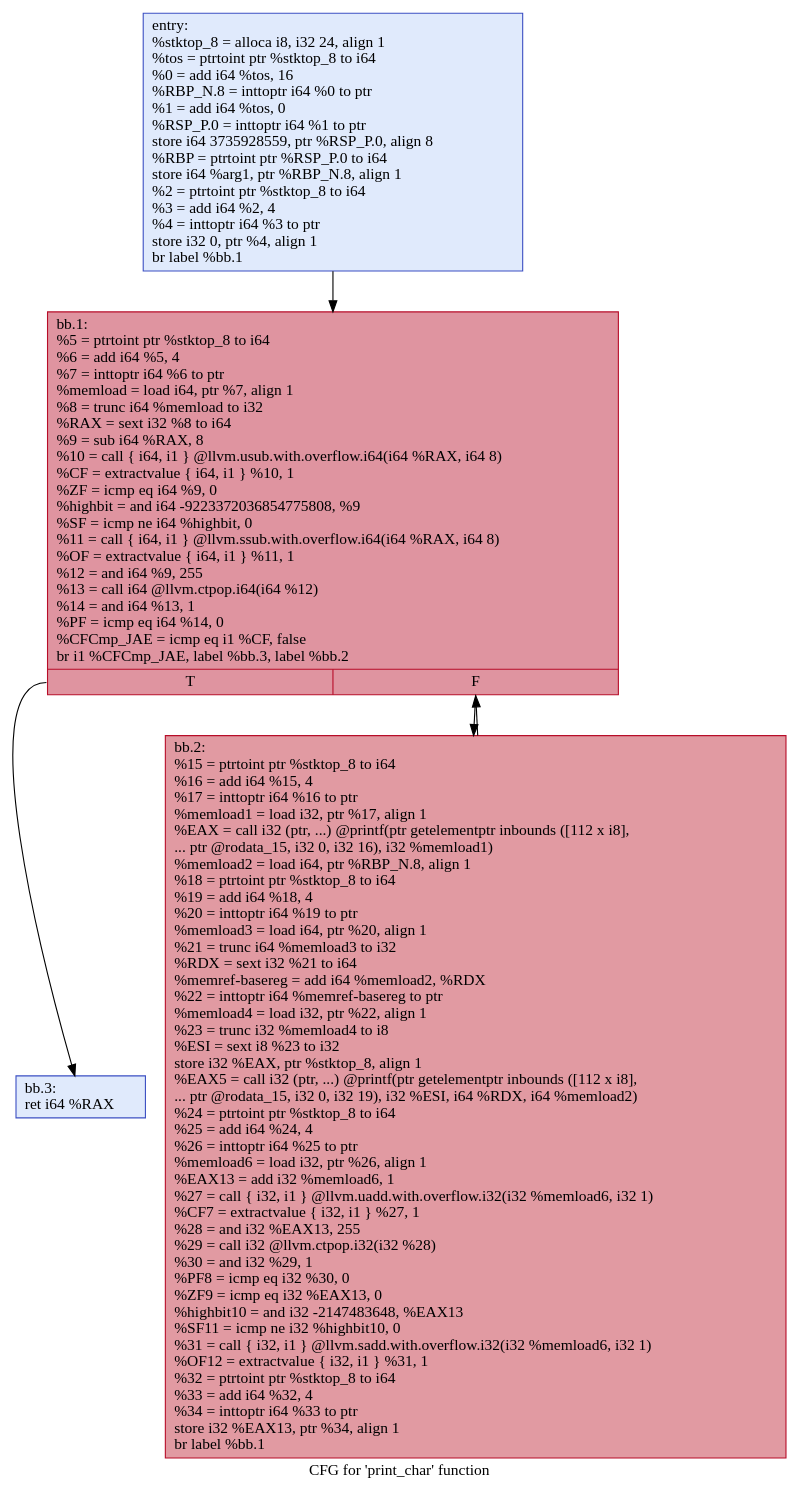
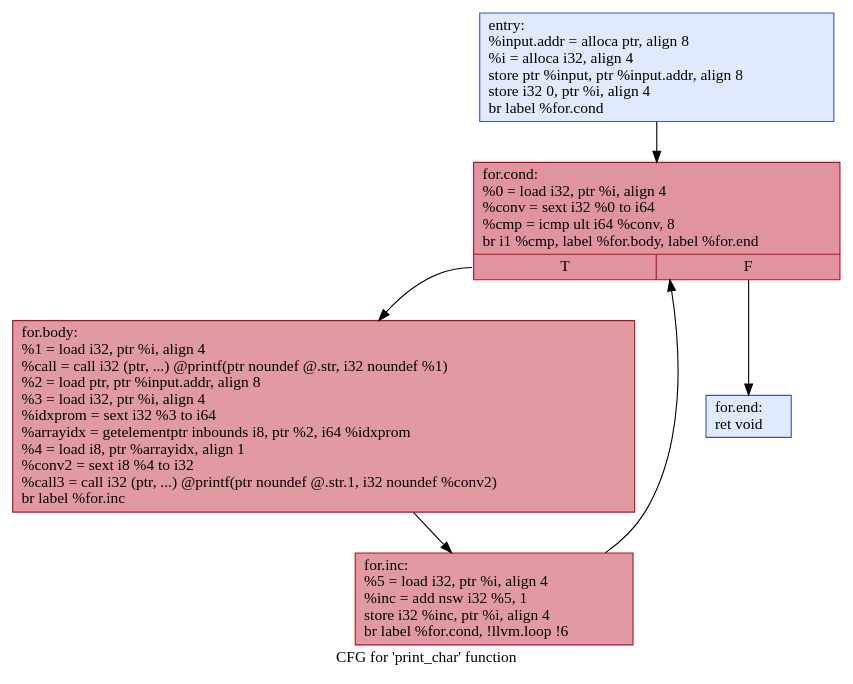
One commit to aayush54/583_cipherfast changed the diagram in dot/tmp/.print_char.dot. Above: the diagram before and after it, drawn with Graphviz. The commit also changed 22 other files, not shown here.

Commit message:
Added all cfg graphs

```diff
--- a/dot/tmp/.print_char.dot
+++ b/dot/tmp/.print_char.dot
@@ -1,12 +1,14 @@
 digraph "CFG for 'print_char' function" {
 	label="CFG for 'print_char' function";
 
-	Node0x5565e7bb0630 [shape=record,color="#3d50c3ff", style=filled, fillcolor="#b9d0f970",label="{entry:\l  %stktop_8 = alloca i8, i32 24, align 1\l  %tos = ptrtoint ptr %stktop_8 to i64\l  %0 = add i64 %tos, 16\l  %RBP_N.8 = inttoptr i64 %0 to ptr\l  %1 = add i64 %tos, 0\l  %RSP_P.0 = inttoptr i64 %1 to ptr\l  store i64 3735928559, ptr %RSP_P.0, align 8\l  %RBP = ptrtoint ptr %RSP_P.0 to i64\l  store i64 %arg1, ptr %RBP_N.8, align 1\l  %2 = ptrtoint ptr %stktop_8 to i64\l  %3 = add i64 %2, 4\l  %4 = inttoptr i64 %3 to ptr\l  store i32 0, ptr %4, align 1\l  br label %bb.1\l}"];
-	Node0x5565e7bb0630 -> Node0x5565e7bb0ea0;
-	Node0x5565e7bb0ea0 [shape=record,color="#b70d28ff", style=filled, fillcolor="#b70d2870",label="{bb.1:                                             \l  %5 = ptrtoint ptr %stktop_8 to i64\l  %6 = add i64 %5, 4\l  %7 = inttoptr i64 %6 to ptr\l  %memload = load i64, ptr %7, align 1\l  %8 = trunc i64 %memload to i32\l  %RAX = sext i32 %8 to i64\l  %9 = sub i64 %RAX, 8\l  %10 = call \{ i64, i1 \} @llvm.usub.with.overflow.i64(i64 %RAX, i64 8)\l  %CF = extractvalue \{ i64, i1 \} %10, 1\l  %ZF = icmp eq i64 %9, 0\l  %highbit = and i64 -9223372036854775808, %9\l  %SF = icmp ne i64 %highbit, 0\l  %11 = call \{ i64, i1 \} @llvm.ssub.with.overflow.i64(i64 %RAX, i64 8)\l  %OF = extractvalue \{ i64, i1 \} %11, 1\l  %12 = and i64 %9, 255\l  %13 = call i64 @llvm.ctpop.i64(i64 %12)\l  %14 = and i64 %13, 1\l  %PF = icmp eq i64 %14, 0\l  %CFCmp_JAE = icmp eq i1 %CF, false\l  br i1 %CFCmp_JAE, label %bb.3, label %bb.2\l|{<s0>T|<s1>F}}"];
-	Node0x5565e7bb0ea0:s0 -> Node0x5565e7bb1e10;
-	Node0x5565e7bb0ea0:s1 -> Node0x5565e7bb1e80;
-	Node0x5565e7bb1e80 [shape=record,color="#b70d28ff", style=filled, fillcolor="#bb1b2c70",label="{bb.2:                                             \l  %15 = ptrtoint ptr %stktop_8 to i64\l  %16 = add i64 %15, 4\l  %17 = inttoptr i64 %16 to ptr\l  %memload1 = load i32, ptr %17, align 1\l  %EAX = call i32 (ptr, ...) @printf(ptr getelementptr inbounds ([112 x i8],\l... ptr @rodata_15, i32 0, i32 16), i32 %memload1)\l  %memload2 = load i64, ptr %RBP_N.8, align 1\l  %18 = ptrtoint ptr %stktop_8 to i64\l  %19 = add i64 %18, 4\l  %20 = inttoptr i64 %19 to ptr\l  %memload3 = load i64, ptr %20, align 1\l  %21 = trunc i64 %memload3 to i32\l  %RDX = sext i32 %21 to i64\l  %memref-basereg = add i64 %memload2, %RDX\l  %22 = inttoptr i64 %memref-basereg to ptr\l  %memload4 = load i32, ptr %22, align 1\l  %23 = trunc i32 %memload4 to i8\l  %ESI = sext i8 %23 to i32\l  store i32 %EAX, ptr %stktop_8, align 1\l  %EAX5 = call i32 (ptr, ...) @printf(ptr getelementptr inbounds ([112 x i8],\l... ptr @rodata_15, i32 0, i32 19), i32 %ESI, i64 %RDX, i64 %memload2)\l  %24 = ptrtoint ptr %stktop_8 to i64\l  %25 = add i64 %24, 4\l  %26 = inttoptr i64 %25 to ptr\l  %memload6 = load i32, ptr %26, align 1\l  %EAX13 = add i32 %memload6, 1\l  %27 = call \{ i32, i1 \} @llvm.uadd.with.overflow.i32(i32 %memload6, i32 1)\l  %CF7 = extractvalue \{ i32, i1 \} %27, 1\l  %28 = and i32 %EAX13, 255\l  %29 = call i32 @llvm.ctpop.i32(i32 %28)\l  %30 = and i32 %29, 1\l  %PF8 = icmp eq i32 %30, 0\l  %ZF9 = icmp eq i32 %EAX13, 0\l  %highbit10 = and i32 -2147483648, %EAX13\l  %SF11 = icmp ne i32 %highbit10, 0\l  %31 = call \{ i32, i1 \} @llvm.sadd.with.overflow.i32(i32 %memload6, i32 1)\l  %OF12 = extractvalue \{ i32, i1 \} %31, 1\l  %32 = ptrtoint ptr %stktop_8 to i64\l  %33 = add i64 %32, 4\l  %34 = inttoptr i64 %33 to ptr\l  store i32 %EAX13, ptr %34, align 1\l  br label %bb.1\l}"];
-	Node0x5565e7bb1e80 -> Node0x5565e7bb0ea0;
-	Node0x5565e7bb1e10 [shape=record,color="#3d50c3ff", style=filled, fillcolor="#b9d0f970",label="{bb.3:                                             \l  ret i64 %RAX\l}"];
+	Node0x558a8c40edb0 [shape=record,color="#3d50c3ff", style=filled, fillcolor="#b9d0f970",label="{entry:\l  %input.addr = alloca ptr, align 8\l  %i = alloca i32, align 4\l  store ptr %input, ptr %input.addr, align 8\l  store i32 0, ptr %i, align 4\l  br label %for.cond\l}"];
+	Node0x558a8c40edb0 -> Node0x558a8c40f030;
+	Node0x558a8c40f030 [shape=record,color="#b70d28ff", style=filled, fillcolor="#b70d2870",label="{for.cond:                                         \l  %0 = load i32, ptr %i, align 4\l  %conv = sext i32 %0 to i64\l  %cmp = icmp ult i64 %conv, 8\l  br i1 %cmp, label %for.body, label %for.end\l|{<s0>T|<s1>F}}"];
+	Node0x558a8c40f030:s0 -> Node0x558a8c40f320;
+	Node0x558a8c40f030:s1 -> Node0x558a8c40f3a0;
+	Node0x558a8c40f320 [shape=record,color="#b70d28ff", style=filled, fillcolor="#bb1b2c70",label="{for.body:                                         \l  %1 = load i32, ptr %i, align 4\l  %call = call i32 (ptr, ...) @printf(ptr noundef @.str, i32 noundef %1)\l  %2 = load ptr, ptr %input.addr, align 8\l  %3 = load i32, ptr %i, align 4\l  %idxprom = sext i32 %3 to i64\l  %arrayidx = getelementptr inbounds i8, ptr %2, i64 %idxprom\l  %4 = load i8, ptr %arrayidx, align 1\l  %conv2 = sext i8 %4 to i32\l  %call3 = call i32 (ptr, ...) @printf(ptr noundef @.str.1, i32 noundef %conv2)\l  br label %for.inc\l}"];
+	Node0x558a8c40f320 -> Node0x558a8c40fd30;
+	Node0x558a8c40fd30 [shape=record,color="#b70d28ff", style=filled, fillcolor="#bb1b2c70",label="{for.inc:                                          \l  %5 = load i32, ptr %i, align 4\l  %inc = add nsw i32 %5, 1\l  store i32 %inc, ptr %i, align 4\l  br label %for.cond, !llvm.loop !6\l}"];
+	Node0x558a8c40fd30 -> Node0x558a8c40f030;
+	Node0x558a8c40f3a0 [shape=record,color="#3d50c3ff", style=filled, fillcolor="#b9d0f970",label="{for.end:                                          \l  ret void\l}"];
 }
```
